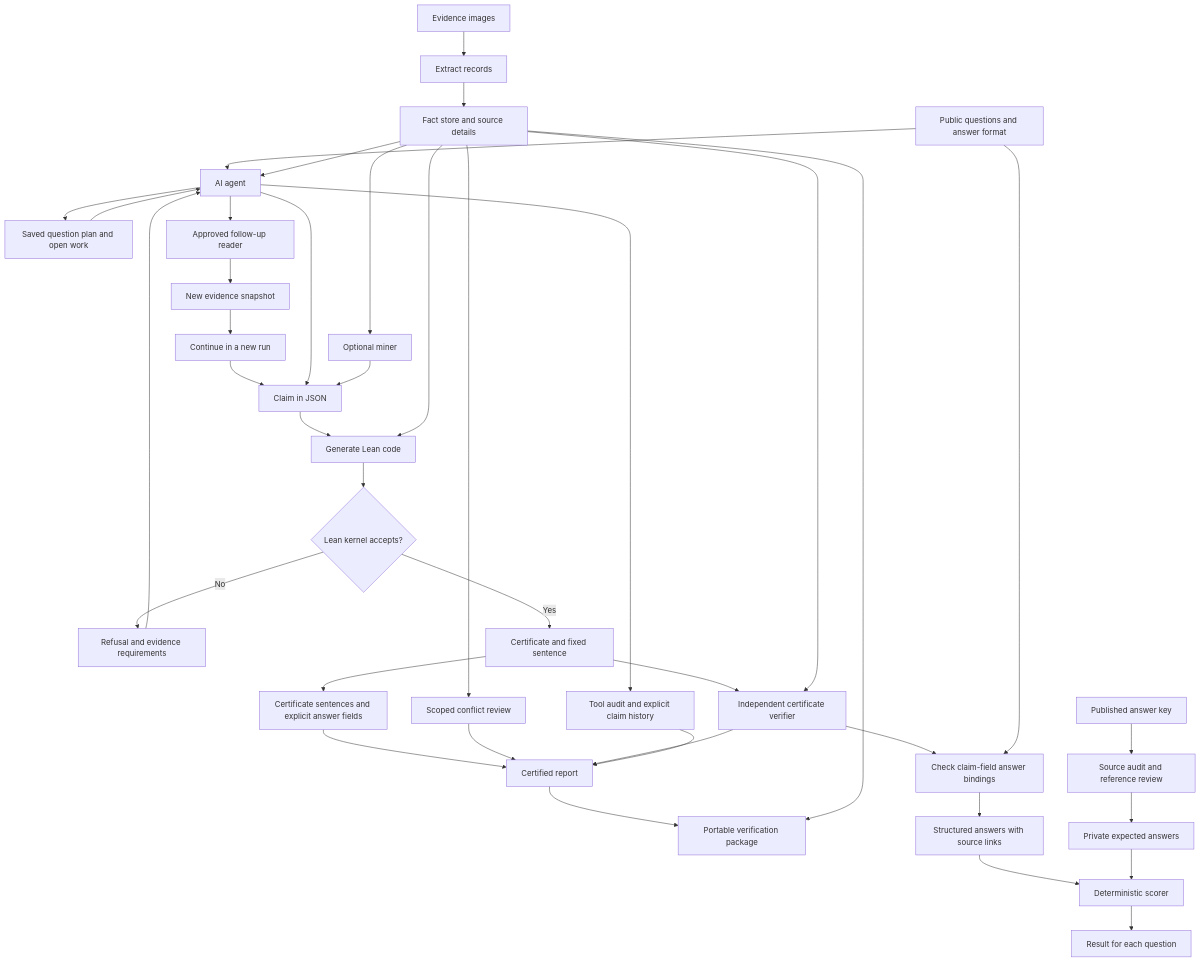
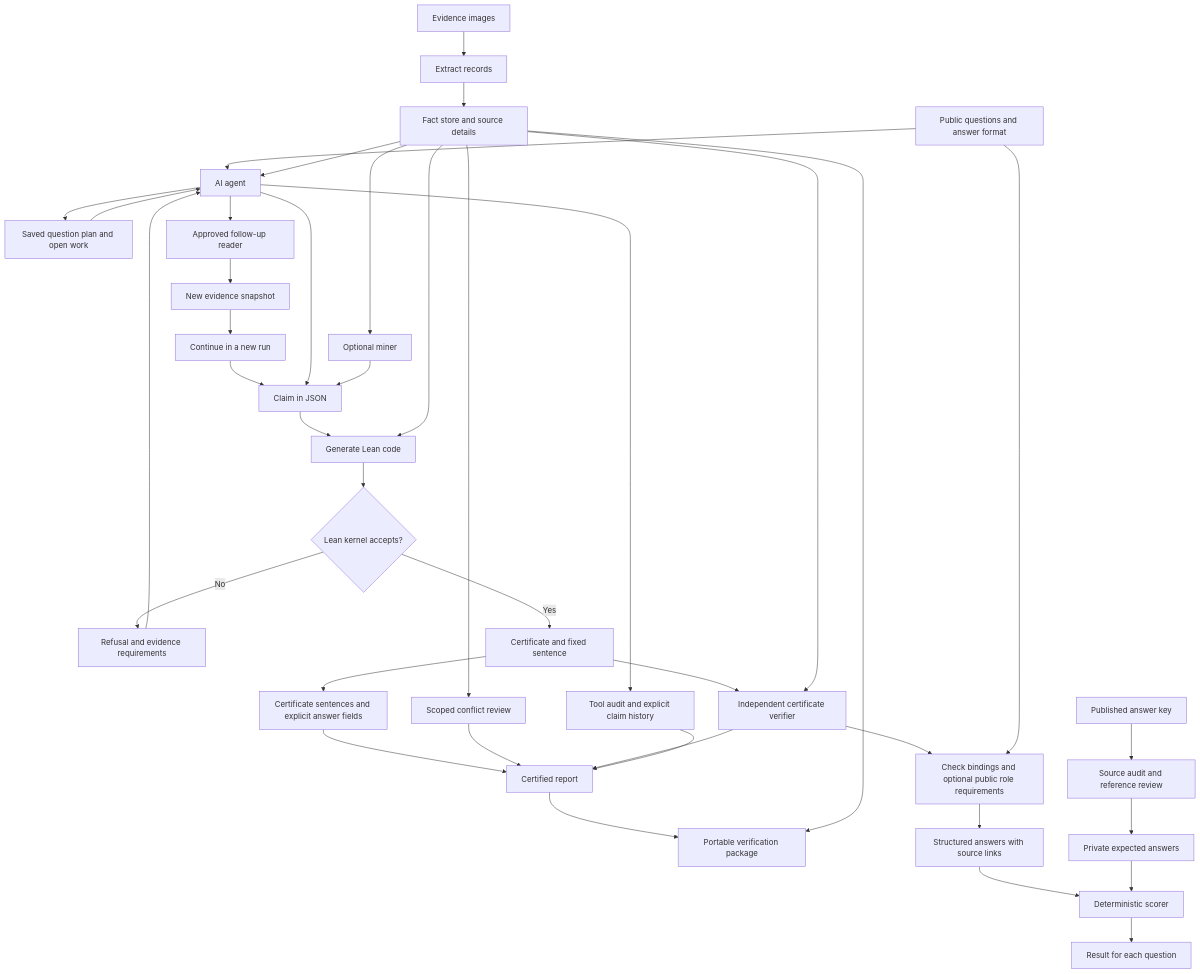
The diagram in README.md (pauljiang03/chain-of-proof), drawn with Mermaid before and after one commit. The commit also changed other lines of this file and 11 other files, not shown here.

Commit message:
Check declared answer-field roles and diagnose Lean scope errors

````diff
--- a/README.md
+++ b/README.md
@@ -188,41 +195,41 @@
 ```mermaid
 flowchart TD
     I[Evidence images] --> E[Extract records]
     E --> F[Fact store and source details]
     Q[Public questions and answer format] --> S[AI agent]
     S --> W[Saved question plan and open work]
     W --> S
     S --> N[Approved follow-up reader]
     N --> F2[New evidence snapshot]
     F2 --> S2[Continue in a new run]
     S2 --> C
     F --> S
     F --> M[Optional miner]
     S --> C[Claim in JSON]
     M --> C
     C --> G[Generate Lean code]
     F --> G
     G --> K{Lean kernel accepts?}
     K -->|No| X[Refusal and evidence requirements]
     X --> S
     K -->|Yes| B[Certificate and fixed sentence]
     B --> QA[Certificate sentences and explicit answer fields]
     QA --> R
     F --> CR[Scoped conflict review]
     CR --> R
     B --> V[Independent certificate verifier]
     F --> V
     V --> R[Certified report]
     S --> L[Tool audit and explicit claim history]
     L --> R
     R --> Z[Portable verification package]
     F --> Z
-    V --> A[Check claim-field answer bindings]
+    V --> A[Check bindings and optional public role requirements]
     Q --> A
     A --> J[Structured answers with source links]
     J --> T[Deterministic scorer]
     P[Published answer key] --> U[Source audit and reference review]
     U --> H[Private expected answers]
     H --> T
     T --> O[Result for each question]
 ```
````
